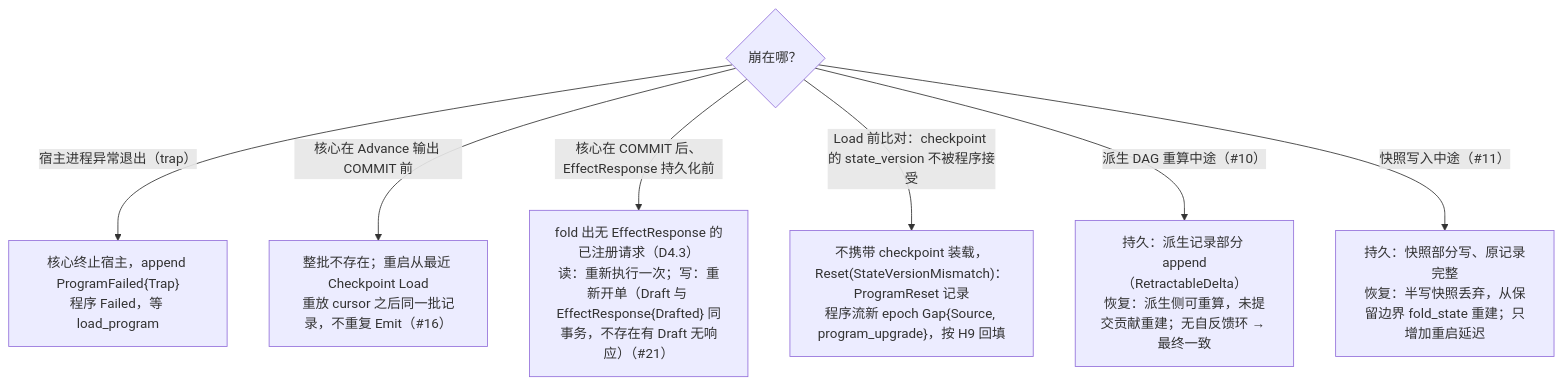
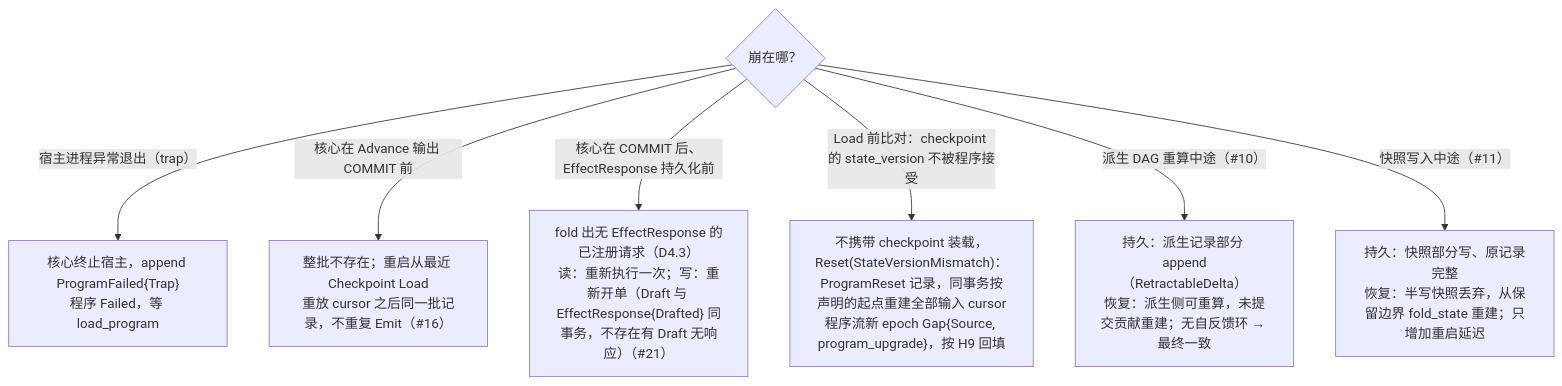
Before and after one commit to mouriya-s-lab/uta: the fourth of 4 diagrams in design/diagrams/07-crash-recovery.md, drawn with Mermaid. The commit also changed 19 other files, not shown here.

Commit message:
design: round-5 integration — program request streams and declared execution-fact inputs, retired-source history readable via delivery-only and execution-fact items, glossary and diagrams aligned, §10 renumbered

````diff
--- a/design/diagrams/07-crash-recovery.md
+++ b/design/diagrams/07-crash-recovery.md
@@ -107,10 +107,10 @@
 ```mermaid
 flowchart TB
   Q{"崩在哪？"}
   Q -->|"宿主进程异常退出（trap）"| T1["核心终止宿主，append ProgramFailed{Trap}<br/>程序 Failed，等 load_program"]
   Q -->|"核心在 Advance 输出 COMMIT 前"| T2["整批不存在；重启从最近 Checkpoint Load<br/>重放 cursor 之后同一批记录，不重复 Emit（#16）"]
   Q -->|"核心在 COMMIT 后、EffectResponse 持久化前"| T3["fold 出无 EffectResponse 的已注册请求（D4.3）<br/>读：重新执行一次；写：重新开单（Draft 与 EffectResponse{Drafted} 同事务，不存在有 Draft 无响应）（#21）"]
-  Q -->|"Load 前比对：checkpoint 的 state_version 不被程序接受"| T4["不携带 checkpoint 装载，Reset(StateVersionMismatch)：ProgramReset 记录<br/>程序流新 epoch Gap{Source, program_upgrade}，按 H9 回填"]
+  Q -->|"Load 前比对：checkpoint 的 state_version 不被程序接受"| T4["不携带 checkpoint 装载，Reset(StateVersionMismatch)：ProgramReset 记录，同事务按声明的起点重建全部输入 cursor<br/>程序流新 epoch Gap{Source, program_upgrade}，按 H9 回填"]
   Q -->|"派生 DAG 重算中途（#10）"| T5["持久：派生记录部分 append（RetractableDelta）<br/>恢复：派生侧可重算，未提交贡献重建；无自反馈环 → 最终一致"]
   Q -->|"快照写入中途（#11）"| T6["持久：快照部分写、原记录完整<br/>恢复：半写快照丢弃，从保留边界 fold_state 重建；只增加重启延迟"]
 ```
````
